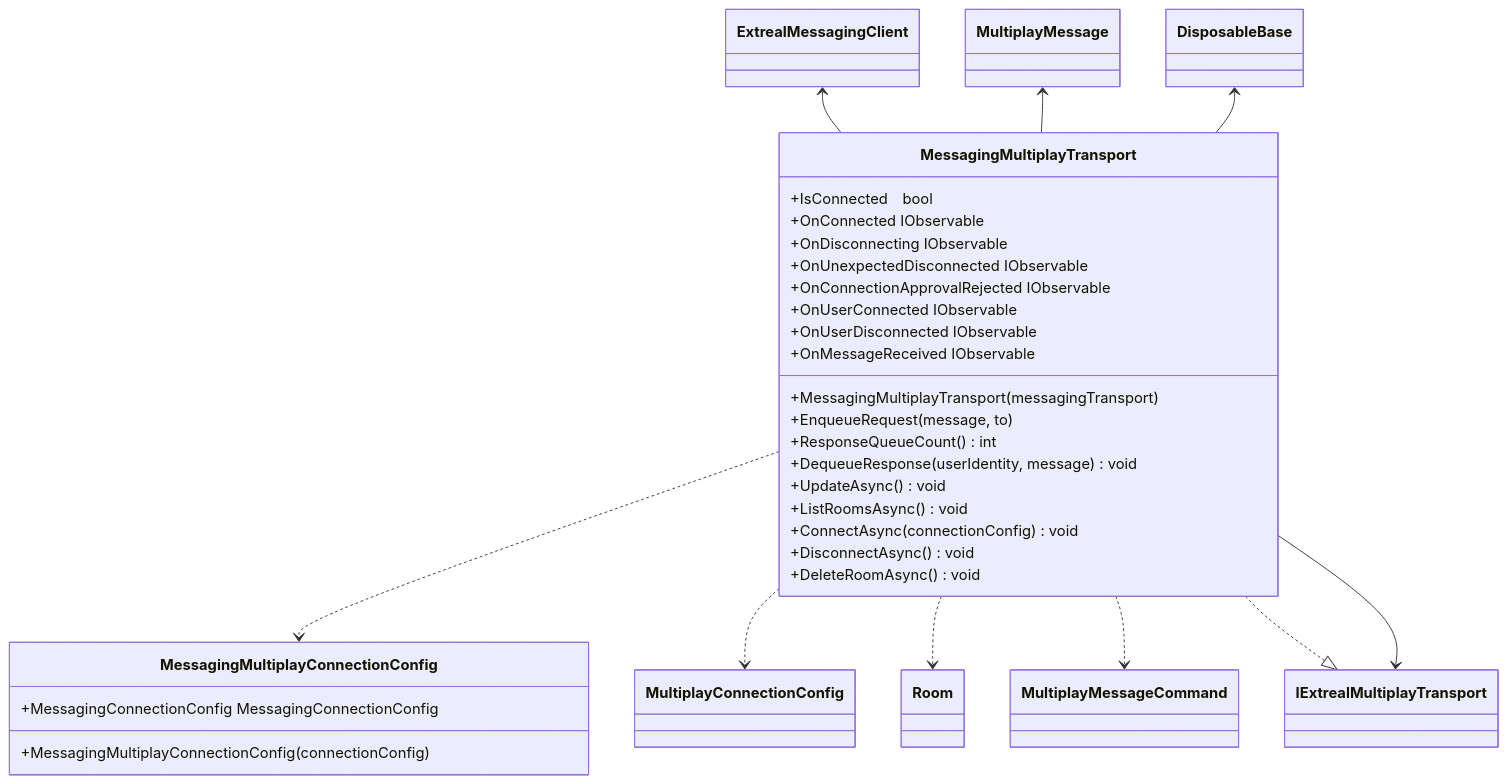
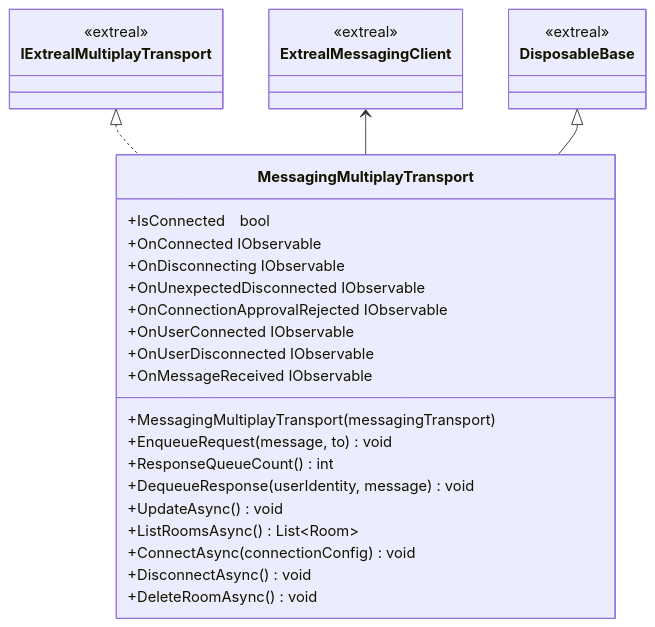
Before and after one commit to extreal-dev/Extreal.Guide: the diagram in docs/integration/multiplay.messing.md, drawn with Mermaid. The commit also changed other lines of this file and 8 other files, not shown here.

````diff
--- a/docs/integration/multiplay.messing.md
+++ b/docs/integration/multiplay.messing.md
@@ -17,58 +17,40 @@
 ```mermaid
 classDiagram
 
-    MessagingMultiplayTransport ..> MessagingMultiplayConnectionConfig
-    MessagingMultiplayTransport ..> MultiplayConnectionConfig
-    MessagingMultiplayTransport ..> Room
-    MessagingMultiplayTransport ..> MultiplayMessageCommand
-    MessagingMultiplayTransport ..|> IExtrealMultiplayTransport
-
-    IExtrealMultiplayTransport <-- MessagingMultiplayTransport
+    IExtrealMultiplayTransport <|.. MessagingMultiplayTransport
     ExtrealMessagingClient <-- MessagingMultiplayTransport
-    MultiplayMessage <-- MessagingMultiplayTransport
-    DisposableBase <-- MessagingMultiplayTransport
-
-
+    DisposableBase <|-- MessagingMultiplayTransport
 
     class MessagingMultiplayTransport {
         +IsConnected　bool
         +OnConnected IObservable
         +OnDisconnecting IObservable
         +OnUnexpectedDisconnected IObservable
         +OnConnectionApprovalRejected IObservable
         +OnUserConnected IObservable
         +OnUserDisconnected IObservable
         +OnMessageReceived IObservable
         +MessagingMultiplayTransport(messagingTransport)
-        +EnqueueRequest(message, to)
+        +EnqueueRequest(message, to) void
         +ResponseQueueCount() int
         +DequeueResponse(userIdentity, message) void
 
         +UpdateAsync() void
-        +ListRoomsAsync() void
+        +ListRoomsAsync() List~Room~
         +ConnectAsync(connectionConfig) void
         +DisconnectAsync() void
         +DeleteRoomAsync() void
     }
 
     class IExtrealMultiplayTransport {
+        <<extreal>>
     }
 
     class DisposableBase {
-    }
-
-    class MultiplayMessage {
-    }
-
-    class MultiplayMessageCommand {
+        <<extreal>>
     }
 
     class ExtrealMessagingClient {
-    }
-
-
-    class MessagingMultiplayConnectionConfig {
-        +MessagingConnectionConfig MessagingConnectionConfig
-        +MessagingMultiplayConnectionConfig(connectionConfig)
+        <<extreal>>
     }
 ```
````
